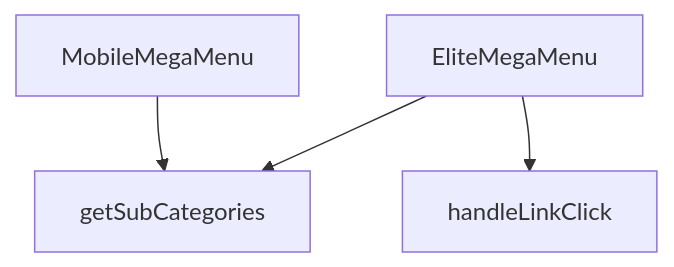
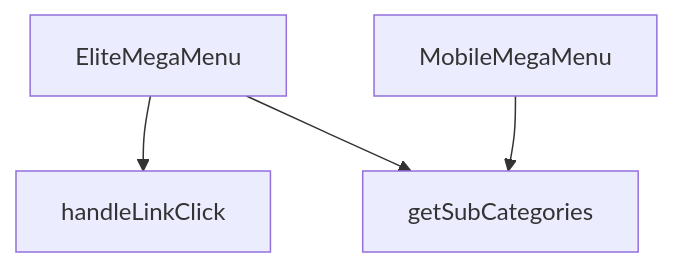
One commit to peckop/venthub-hvac-esite changed the diagram in src/components/navigation/EliteMegaMenu.md. Above: the diagram before and after it, drawn with Mermaid. The commit also changed other lines of this file and 26 other files, not shown here.

````diff
--- a/src/components/navigation/EliteMegaMenu.md
+++ b/src/components/navigation/EliteMegaMenu.md
@@ -104,10 +115,10 @@
 ```mermaid
 graph TD
     EliteMegaMenu_tsx__EliteMegaMenu["EliteMegaMenu"]
     EliteMegaMenu_tsx__MobileMegaMenu["MobileMegaMenu"]
     EliteMegaMenu_tsx__getSubCategories["getSubCategories"]
     EliteMegaMenu_tsx__handleLinkClick["handleLinkClick"]
+    EliteMegaMenu_tsx__EliteMegaMenu --> EliteMegaMenu_tsx__handleLinkClick
+    EliteMegaMenu_tsx__MobileMegaMenu --> EliteMegaMenu_tsx__getSubCategories
     EliteMegaMenu_tsx__EliteMegaMenu --> EliteMegaMenu_tsx__getSubCategories
-    EliteMegaMenu_tsx__MobileMegaMenu --> EliteMegaMenu_tsx__getSubCategories
-    EliteMegaMenu_tsx__EliteMegaMenu --> EliteMegaMenu_tsx__handleLinkClick
 ```
````
